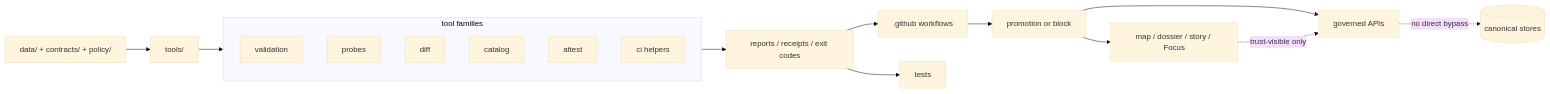
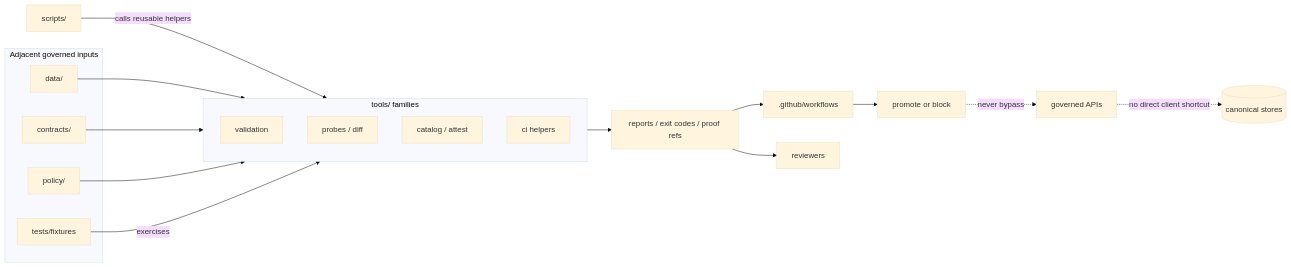
The diagram in tools/README.md (bartytime4life/Kansas-Frontier-Matrix), drawn with Mermaid (base theme) before and after one commit. The commit also changed other lines of this file, not shown here.

````diff
--- a/tools/README.md
+++ b/tools/README.md
@@ -239,25 +265,30 @@
 ```mermaid
 flowchart LR
-    A[data/ + contracts/ + policy/] --> B[tools/]
+    subgraph Inputs[Adjacent governed inputs]
+      D[data/]
+      C[contracts/]
+      P[policy/]
+      T[tests/fixtures]
+    end
 
-    subgraph TF[tool families]
+    S[scripts/] -->|calls reusable helpers| TF
+    D --> TF
+    C --> TF
+    P --> TF
+    T -->|exercises| TF
+
+    subgraph TF[tools/ families]
       V[validation]
-      P[probes]
-      D[diff]
-      C[catalog]
-      AT[attest]
+      PR[probes / diff]
+      CA[catalog / attest]
       CI[ci helpers]
     end
 
-    B --> TF
-    TF --> R[reports / receipts / exit codes]
-    R --> G[.github workflows]
-    R --> T[tests]
+    TF --> R[reports / exit codes / proof refs]
+    R --> W[.github/workflows]
+    R --> RV[reviewers]
 
-    G --> M[promotion or block]
-    M --> API[governed APIs]
-    M --> UI[map / dossier / story / Focus]
-
-    API -. no direct bypass .-> DATA[(canonical stores)]
-    UI -. trust-visible only .-> API
+    W --> G[promote or block]
+    G -. never bypass .-> API[governed APIs]
+    API -. no direct client shortcut .-> STORE[(canonical stores)]
 ```
````
